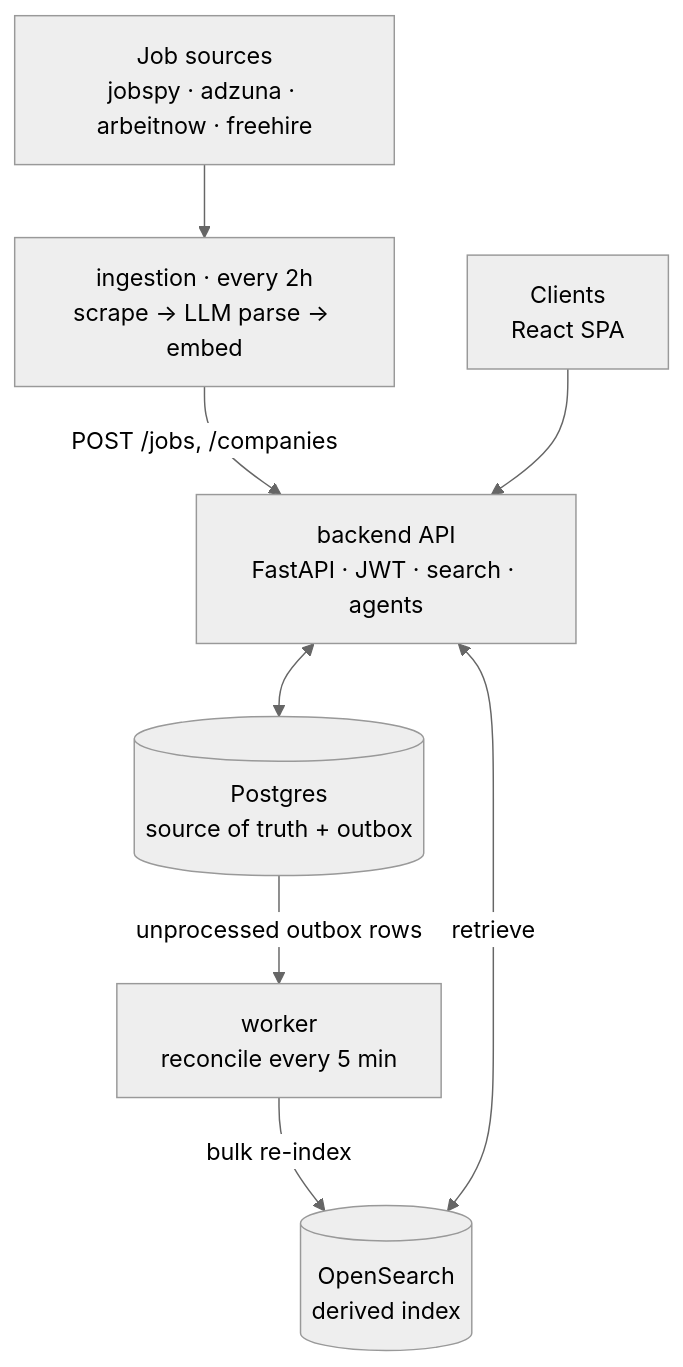
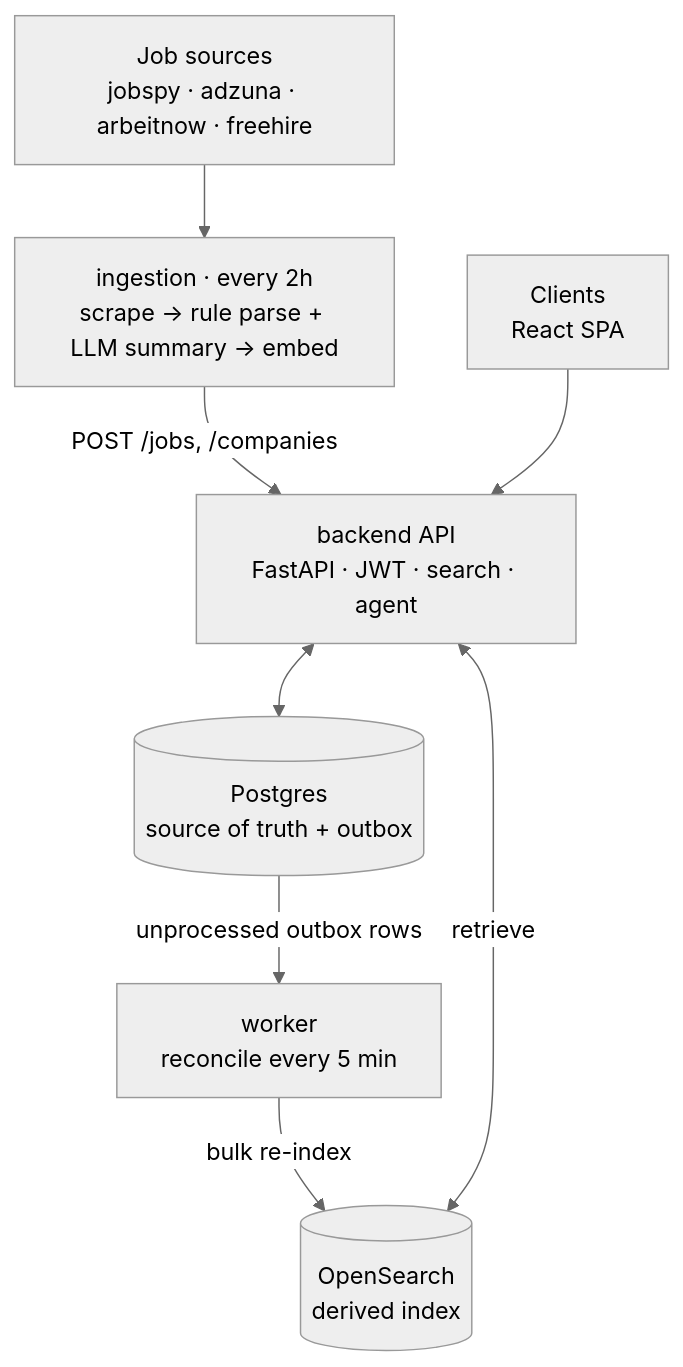
One commit to LorenzoSchiroli/jobsifty changed the first of 7 diagrams in README.md. Above: the diagram before and after it, drawn with Mermaid (neutral theme). The commit also changed other lines of this file and 2 other files, not shown here.

````diff
--- a/README.md
+++ b/README.md
@@ -29,18 +30,18 @@
 ```mermaid
 flowchart TB
     SRC["Job sources<br/>jobspy · adzuna · arbeitnow · freehire"]
-    ING["ingestion · every 2h<br/>scrape → LLM parse → embed"]
+    ING["ingestion · every 2h<br/>scrape → rule parse + LLM summary → embed"]
     CLI["Clients<br/>React SPA"]
-    API["backend API<br/>FastAPI · JWT · search · agents"]
+    API["backend API<br/>FastAPI · JWT · search · agent"]
     PG[("Postgres<br/>source of truth + outbox")]
     WK["worker<br/>reconcile every 5 min"]
     OS[("OpenSearch<br/>derived index")]
 
     SRC --> ING
     ING -->|"POST /jobs, /companies"| API
     CLI --> API
     API <--> PG
     PG -->|"unprocessed outbox rows"| WK
     WK -->|"bulk re-index"| OS
     API <-->|"retrieve"| OS
 ```
````
